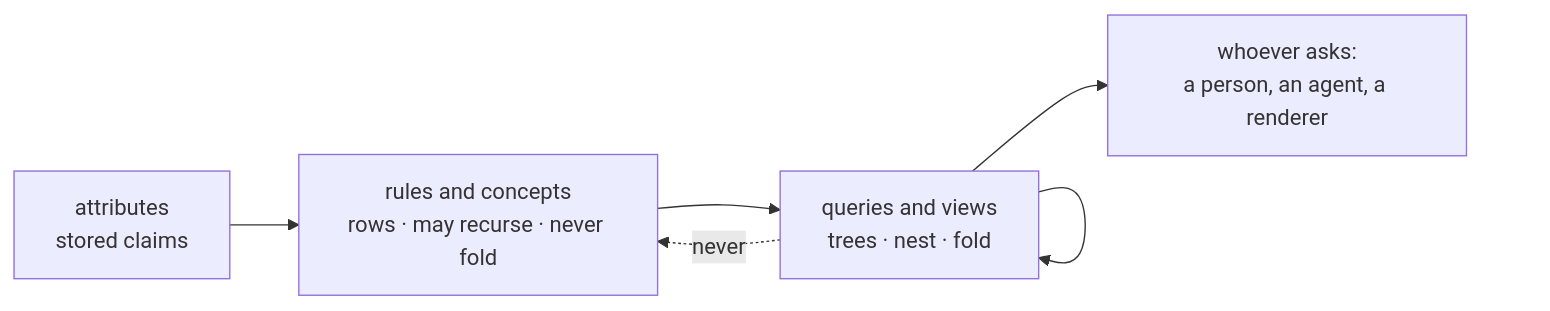
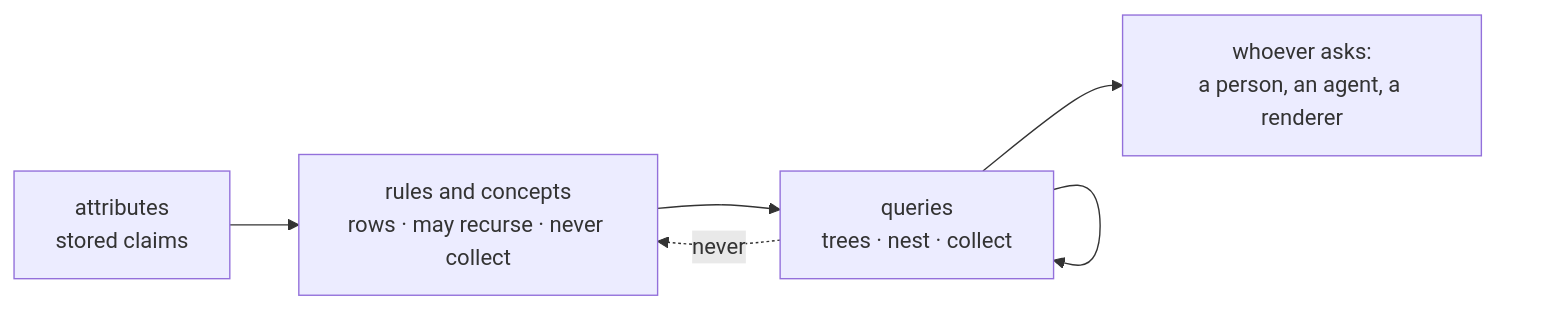
Before and after one commit to dialog-db/dialog-db: the diagram in design/macros/design-queries.md, drawn with Mermaid. The commit also changed other lines of this file and 2 other files, not shown here.

````diff
--- a/design/macros/design-queries.md
+++ b/design/macros/design-queries.md
@@ -11,8 +11,8 @@
 ```mermaid
 flowchart LR
-  A["attributes<br/>stored claims"] --> R["rules and concepts<br/>rows · may recurse · never fold"]
-  R --> Q["queries and views<br/>trees · nest · fold"]
+  A["attributes<br/>stored claims"] --> R["rules and concepts<br/>rows · may recurse · never collect"]
+  R --> Q["queries<br/>trees · nest · collect"]
   Q --> Q
   Q --> C["whoever asks:<br/>a person, an agent, a renderer"]
   Q -. never .-> R
 ```
````
